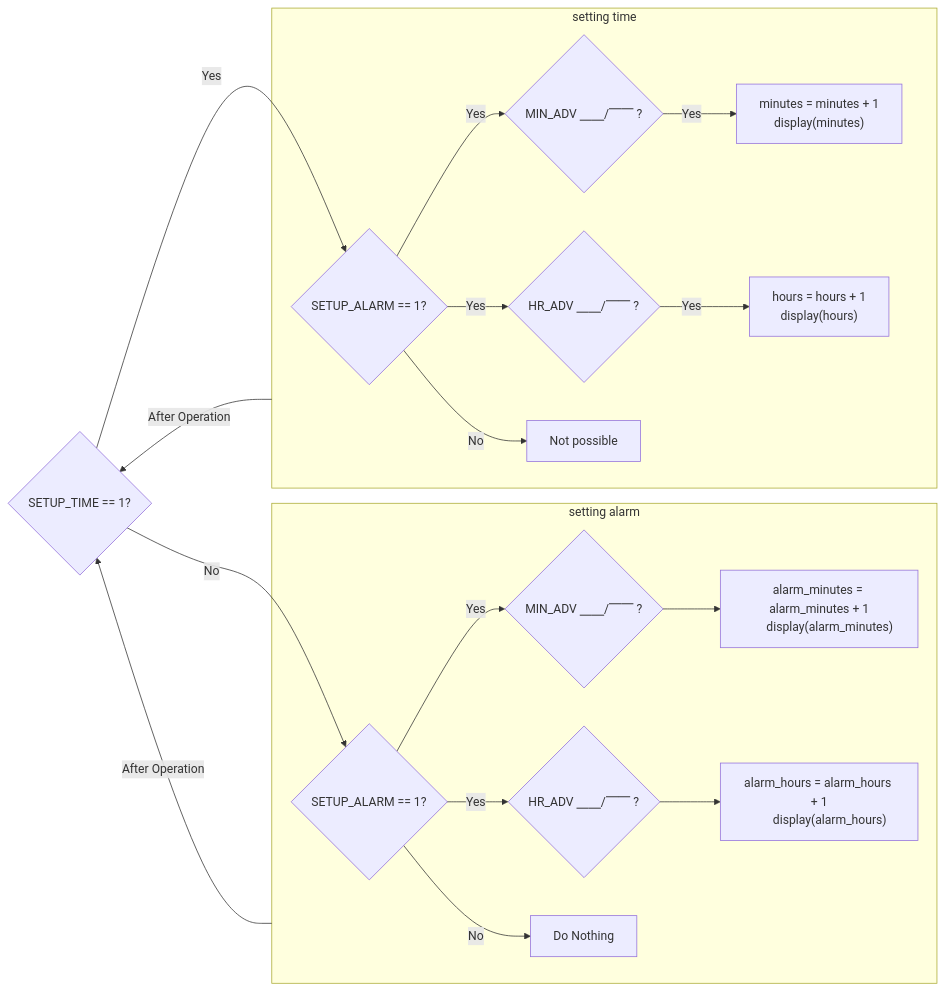
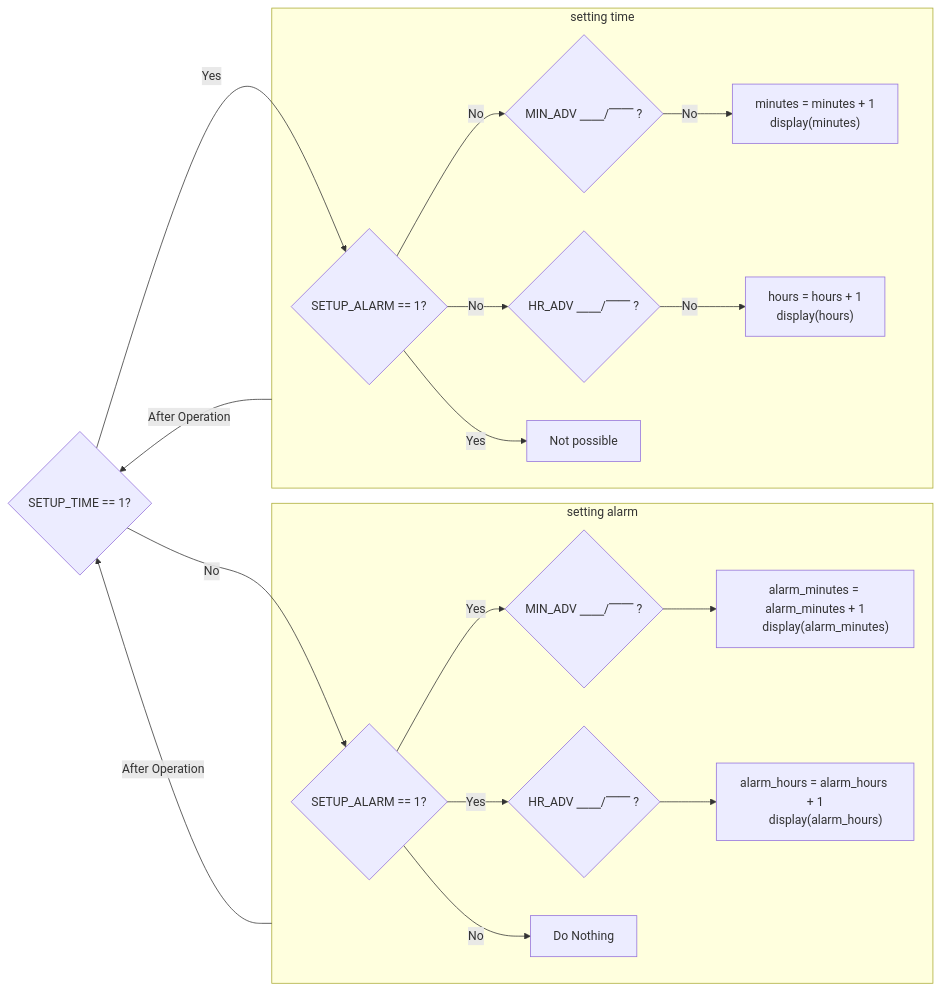
One commit to pei-lu/fa24-labs changed the first of 2 diagrams in docs/docs/lab1/part1/the_alarm.md. Above: the diagram before and after it, drawn with Mermaid. The commit also changed 4 other files, not shown here.

````diff
--- a/docs/docs/lab1/part1/the_alarm.md
+++ b/docs/docs/lab1/part1/the_alarm.md
@@ -106,37 +106,37 @@
 ```mermaid
 flowchart LR
     A{SETUP_TIME == 1?}
     A1{SETUP_ALARM == 1?}
     A2{SETUP_ALARM == 1?}
     B{MIN_ADV ⎽⎽/⎺⎺ ?}
     B1{MIN_ADV ⎽⎽/⎺⎺ ?}
     C["minutes = minutes + 1
        display(minutes)"]
     C1["alarm_minutes = alarm_minutes + 1
        display(alarm_minutes)"]
     D{HR_ADV ⎽⎽/⎺⎺ ?}
     D1{HR_ADV ⎽⎽/⎺⎺ ?}
     E["hours = hours + 1
        display(hours)"]
     E1["alarm_hours = alarm_hours + 1
        display(alarm_hours)"]
 
     A -->|No| A1
     A -->|Yes| A2
 
     subgraph alarm [setting alarm]
     A1 -->|Yes| B1 & D1
     A1 -->|No| G["Do Nothing"]
     B1 --> C1
     D1 --> E1
     end 
 
     subgraph time [setting time]
-    A2 -->|Yes| B & D
-    A2 -->|No| F["Not possible"]
-    B -->|Yes| C
-    D -->|Yes| E
+    A2 -->|No| B & D
+    A2 -->|Yes| F["Not possible"]
+    B -->|No| C
+    D -->|No| E
     end
 
     time & alarm -->|After Operation| A
 ```
````
